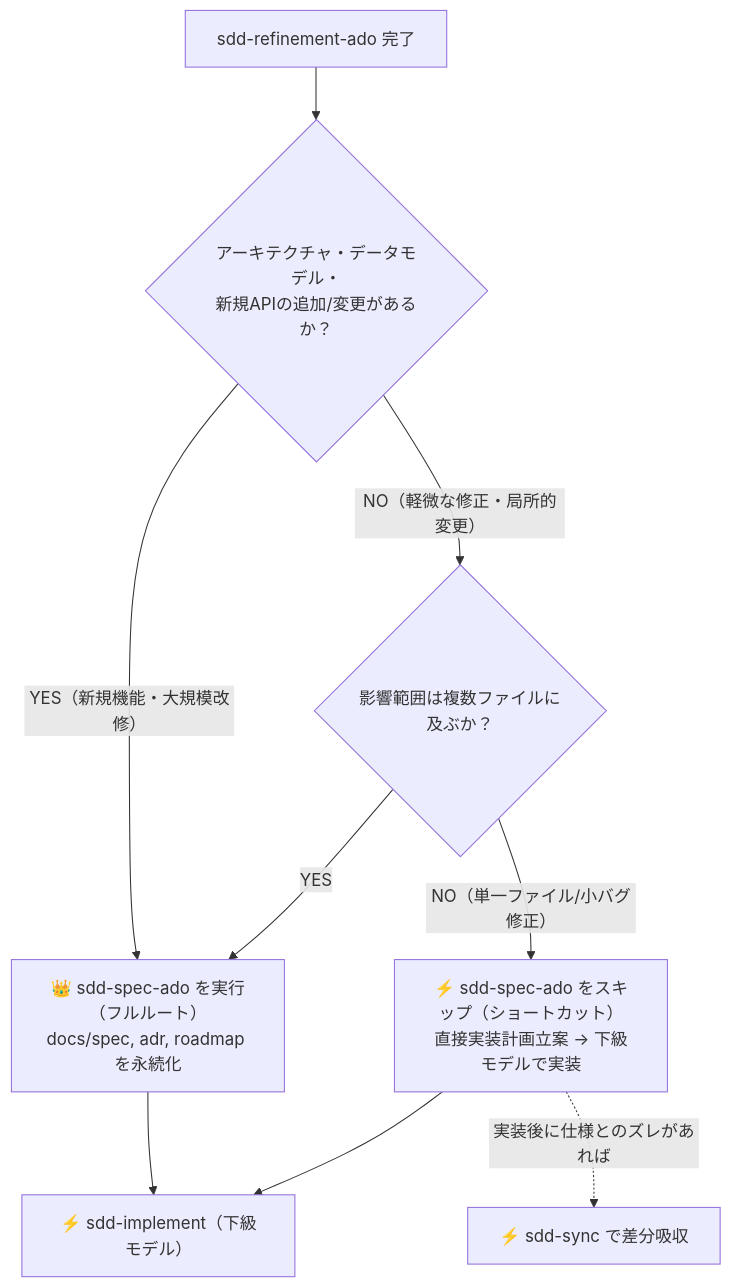
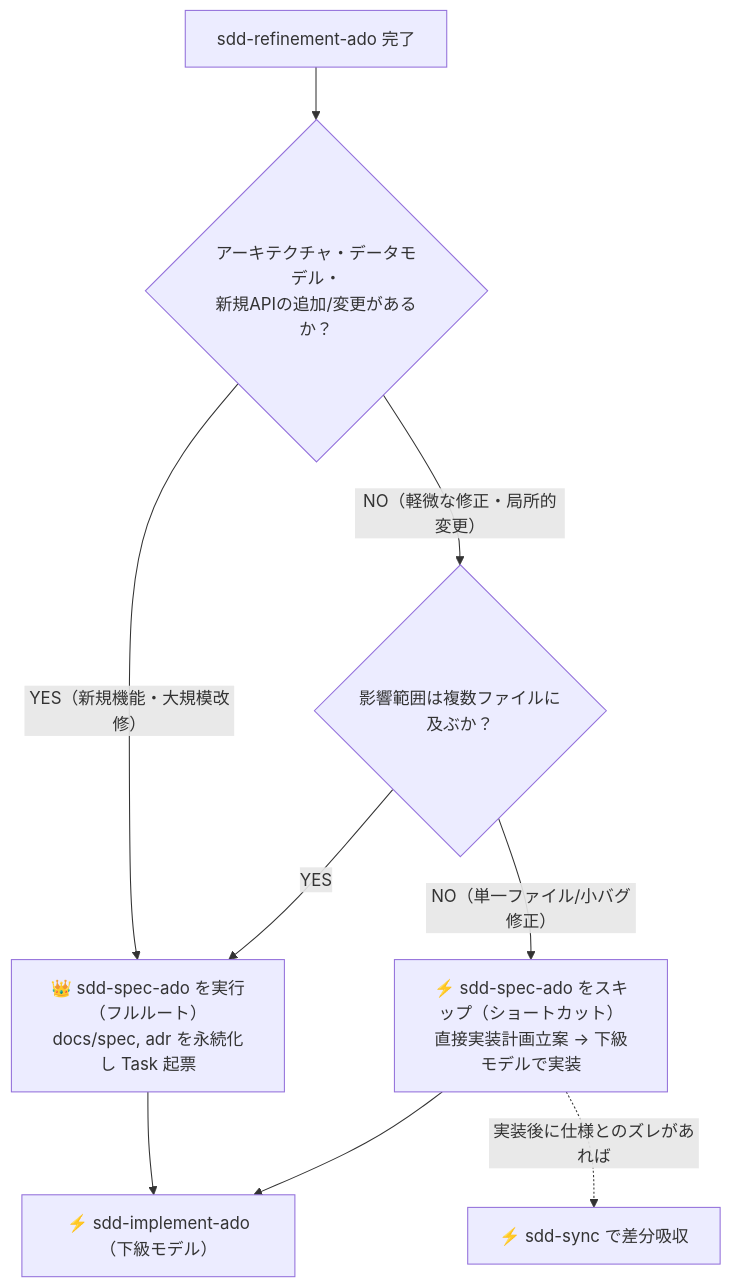
The third of 3 diagrams in README.md (takahashimasaya00/my-skills), drawn with Mermaid before and after one commit. The commit also changed other lines of this file and 7 other files, not shown here.

````diff
--- a/README.md
+++ b/README.md
@@ -154,14 +150,14 @@
 ```mermaid
 flowchart TD
     Start["sdd-refinement-ado 完了"] --> Q1{"アーキテクチャ・データモデル・<br/>新規APIの追加/変更があるか？"}
     
-    Q1 -- YES（新規機能・大規模改修） --> FullRoute["👑 sdd-spec-ado を実行（フルルート）<br/>docs/spec, adr, roadmap を永続化"]
+    Q1 -- YES（新規機能・大規模改修） --> FullRoute["👑 sdd-spec-ado を実行（フルルート）<br/>docs/spec, adr を永続化し Task 起票"]
     Q1 -- NO（軽微な修正・局所的変更） --> Q2{"影響範囲は複数ファイルに及ぶか？"}
     
     Q2 -- YES --> FullRoute
     Q2 -- NO（単一ファイル/小バグ修正） --> Shortcut["⚡ sdd-spec-ado をスキップ（ショートカット）<br/>直接実装計画立案 → 下級モデルで実装"]
 
-    FullRoute --> ImpLow["⚡ sdd-implement（下級モデル）"]
+    FullRoute --> ImpLow["⚡ sdd-implement-ado（下級モデル）"]
     Shortcut --> ImpLow
     Shortcut -.->|実装後に仕様とのズレがあれば| Sync["⚡ sdd-sync で差分吸収"]
 ```
````
